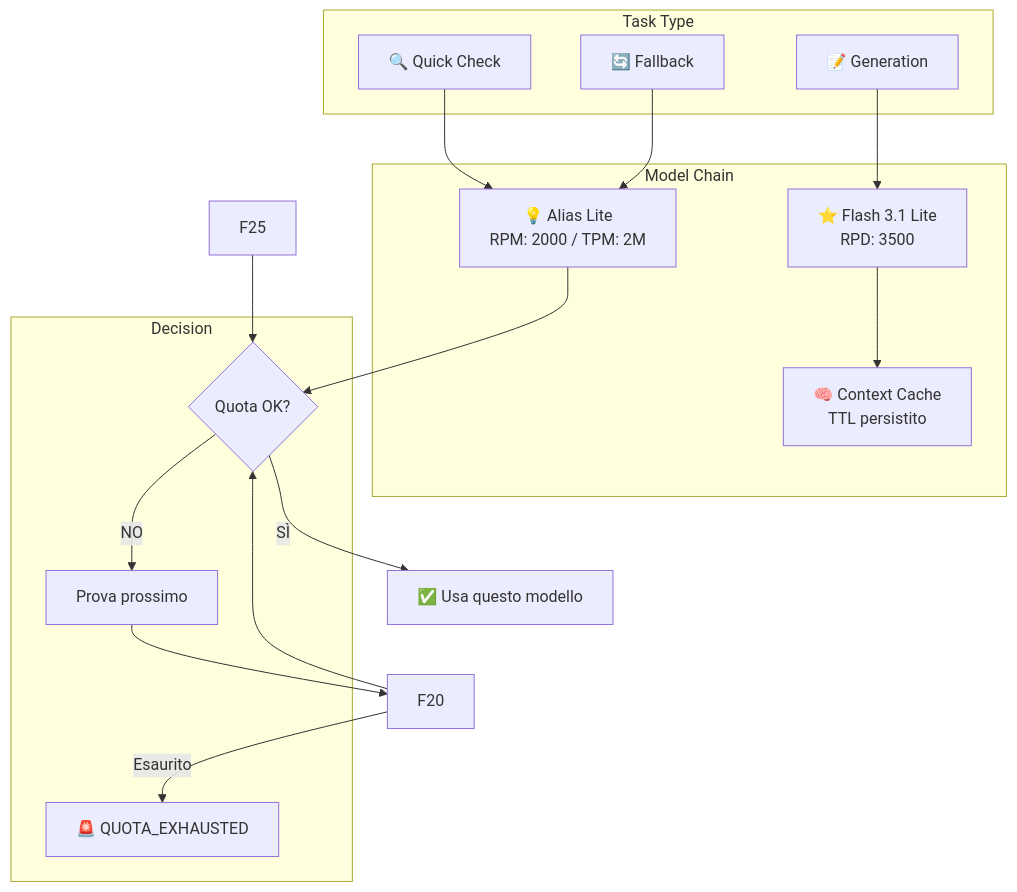
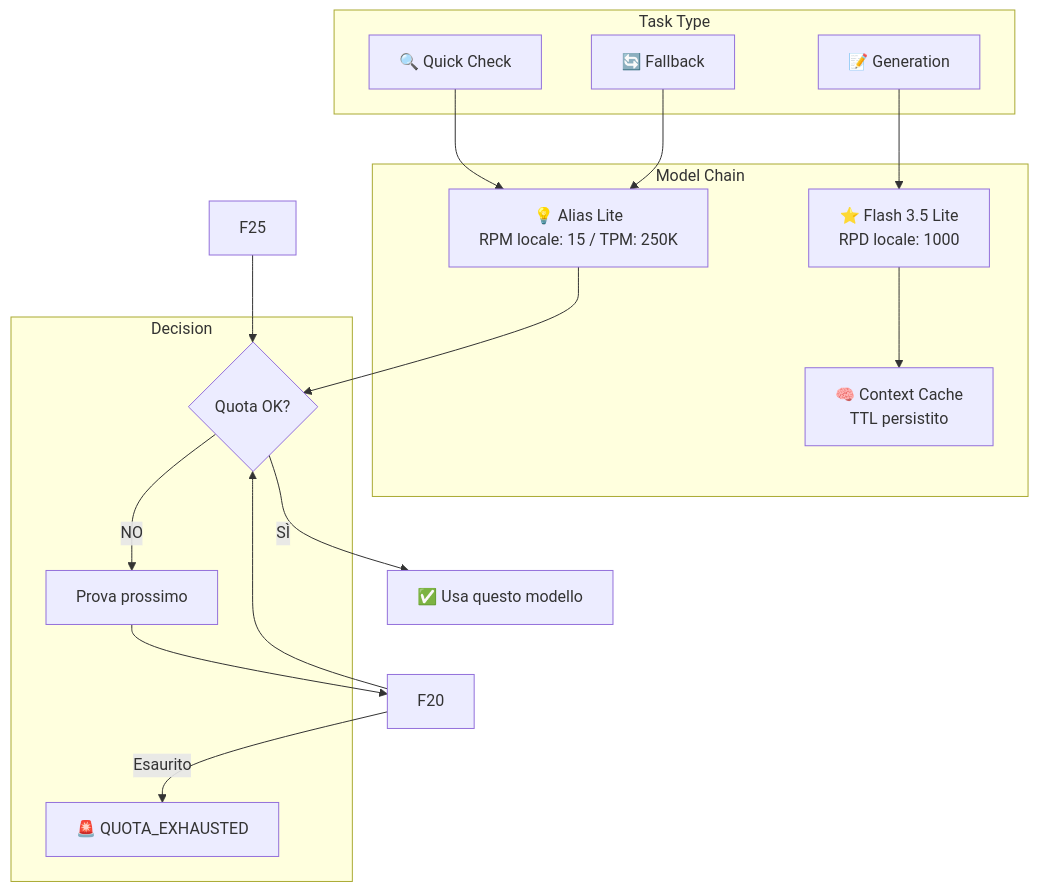
One commit to rasanfil-source/segreteria changed the fourth of 9 diagrams in docs/ARCHITECTURE_DIAGRAMS_IT.md. Above: the diagram before and after it, drawn with Mermaid. The commit also changed other lines of this file and 37 other files, not shown here.

````diff
--- a/docs/ARCHITECTURE_DIAGRAMS_IT.md
+++ b/docs/ARCHITECTURE_DIAGRAMS_IT.md
@@ -147,34 +149,34 @@
 ```mermaid
 graph TD
     subgraph "Task Type"
         QC["🔍 Quick Check"]
         GEN["📝 Generation"]
         FB["🔄 Fallback"]
     end
     
     subgraph "Model Chain"
-        F31["⭐ Flash 3.1 Lite<br/>RPD: 3500"]
-        FLITE["💡 Alias Lite<br/>RPM: 2000 / TPM: 2M"]
+        F31["⭐ Flash 3.5 Lite<br/>RPD locale: 1000"]
+        FLITE["💡 Alias Lite<br/>RPM locale: 15 / TPM: 250K"]
         CACHE["🧠 Context Cache<br/>TTL persistito"]
     end
     
     subgraph "Decision"
         CHECK{Quota OK?}
         NEXT[Prova prossimo]
         ERROR["🚨 QUOTA_EXHAUSTED"]
     end
     
     QC --> FLITE
     GEN --> F31
     FB --> FLITE
     F31 --> CACHE
     
     F25 --> CHECK
     FLITE --> CHECK
     F20 --> CHECK
     
     CHECK -->|SÌ| USE["✅ Usa questo modello"]
     CHECK -->|NO| NEXT
     NEXT --> F20
     F20 -->|Esaurito| ERROR
 ```
````
